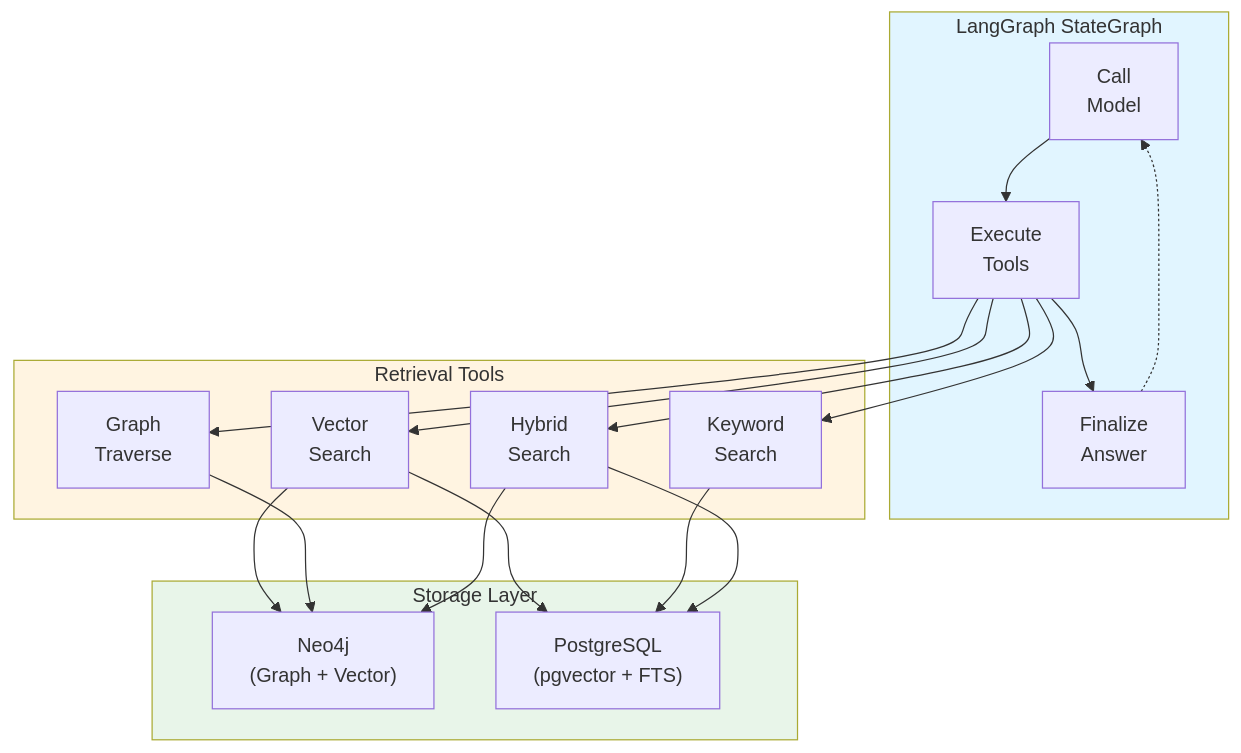
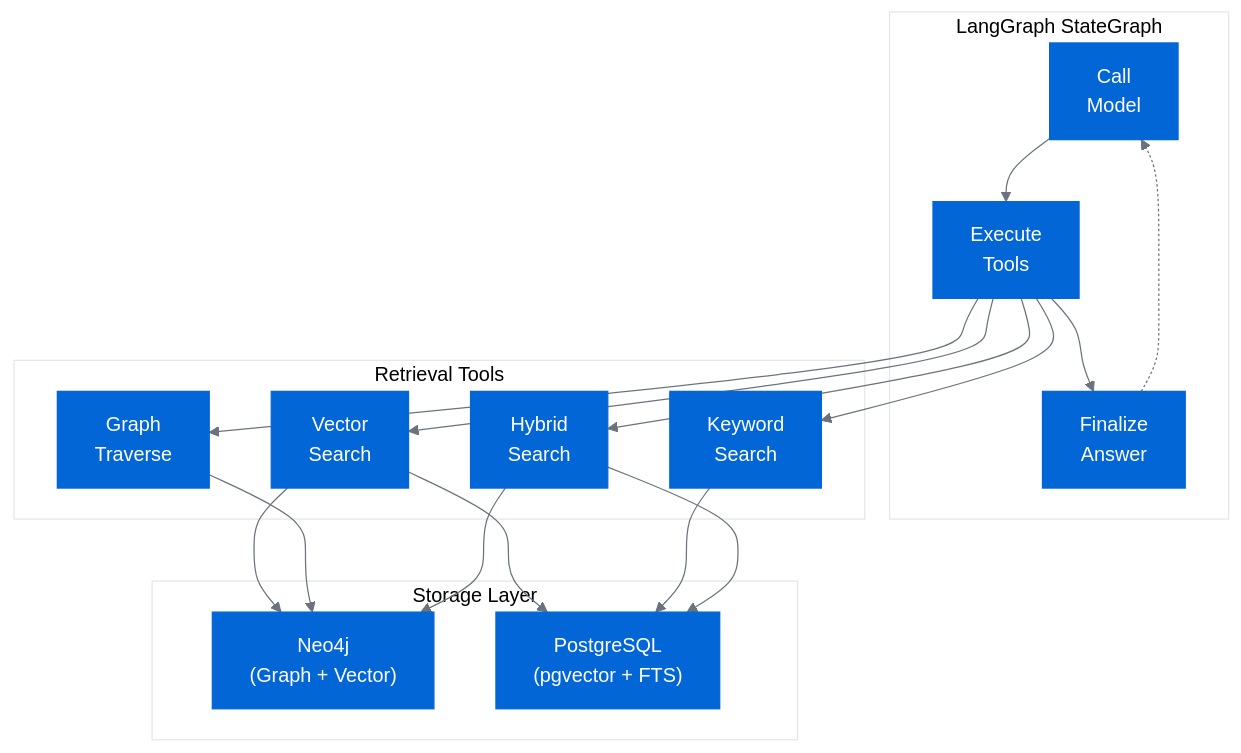
Before and after one commit to Berkay2002/agentic-rag-test-scope-analysis: the diagram in README.md, drawn with Mermaid.

Commit message:
docs: make Mermaid diagram theme-aware
- Use base theme configuration for better dark/light mode compatibility
- Remove hardcoded fill colors that don't adapt to theme
- Ensure diagram remains readable in both GitHub light and dark modes

````diff
--- a/README.md
+++ b/README.md
@@ -47,40 +47,37 @@
 ```mermaid
+%%{init: {'theme':'base', 'themeVariables': { 'primaryColor':'#0366d6','primaryTextColor':'#fff','primaryBorderColor':'#0366d6','lineColor':'#6a737d','secondaryColor':'#f6f8fa','tertiaryColor':'#fff','fontSize':'16px'}}}%%
 graph TB
     subgraph StateGraph["LangGraph StateGraph"]
         CallModel["Call<br/>Model"]
         ExecuteTools["Execute<br/>Tools"]
         FinalizeAnswer["Finalize<br/>Answer"]
         
         CallModel --> ExecuteTools
         ExecuteTools --> FinalizeAnswer
         FinalizeAnswer -.-> CallModel
     end
     
     subgraph Tools["Retrieval Tools"]
         VectorSearch["Vector<br/>Search"]
         KeywordSearch["Keyword<br/>Search"]
         GraphTraverse["Graph<br/>Traverse"]
         HybridSearch["Hybrid<br/>Search"]
     end
     
     subgraph Storage["Storage Layer"]
         Neo4j["Neo4j<br/>(Graph + Vector)"]
         PostgreSQL["PostgreSQL<br/>(pgvector + FTS)"]
     end
     
     ExecuteTools --> VectorSearch
     ExecuteTools --> KeywordSearch
     ExecuteTools --> GraphTraverse
     ExecuteTools --> HybridSearch
     
     VectorSearch --> Neo4j
     VectorSearch --> PostgreSQL
     KeywordSearch --> PostgreSQL
     GraphTraverse --> Neo4j
     HybridSearch --> Neo4j
     HybridSearch --> PostgreSQL
-    
-    style StateGraph fill:#e1f5ff
-    style Tools fill:#fff4e1
-    style Storage fill:#e8f5e9
 ```
````
